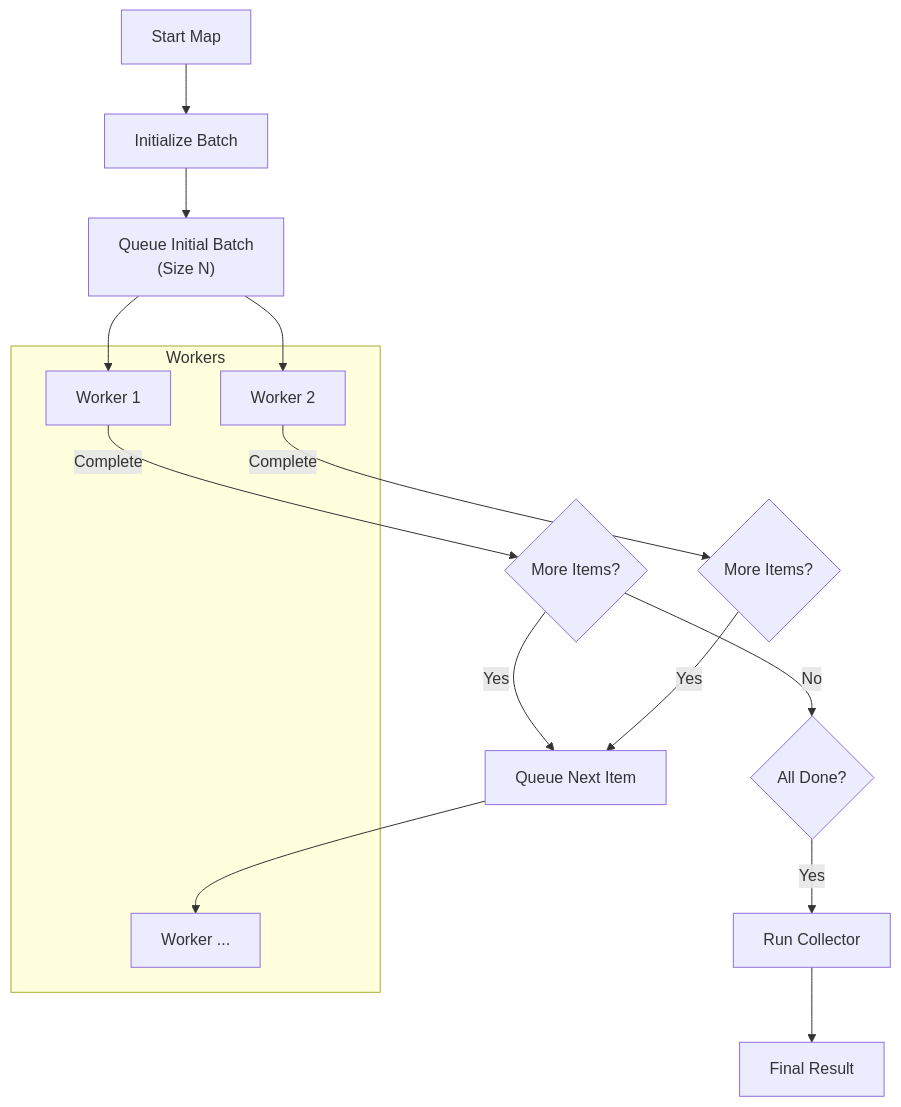
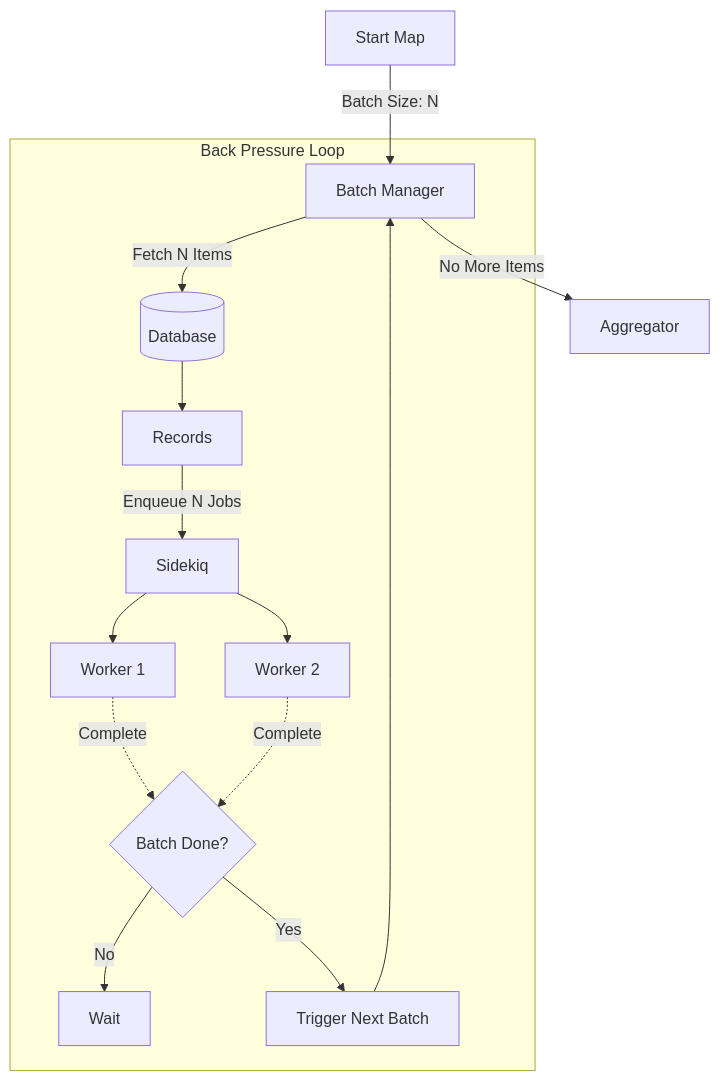
Before and after one commit to arturictus/ruby_reactor: the diagram in documentation/data_pipelines.md, drawn with Mermaid. The commit also changed other lines of this file and 1 other file, not shown here.

Commit message:
chore: Update readme with batch improvements

````diff
--- a/documentation/data_pipelines.md
+++ b/documentation/data_pipelines.md
@@ -199,26 +104,22 @@
 ```mermaid
 graph TD
-    Start[Start Map] --> Init[Initialize Batch]
-    Init --> Q1["Queue Initial Batch<br/>(Size N)"]
+    Start[Start Map] -->|Batch Size: N| BatchManager
     
-    subgraph Workers
-        W1[Worker 1]
-        W2[Worker 2]
-        W3[Worker ...]
+    subgraph "Back Pressure Loop"
+        BatchManager[Batch Manager] -->|Fetch N Items| DB[(Database)]
+        DB --> Records
+        Records -->|Enqueue N Jobs| Sidekiq
+        
+        Sidekiq --> W1[Worker 1]
+        Sidekiq --> W2[Worker 2]
+        
+        W1 -.->|Complete| Check{Batch Done?}
+        W2 -.->|Complete| Check
+        
+        Check -->|No| Wait[Wait]
+        Check -->|Yes| Next[Trigger Next Batch]
+        Next --> BatchManager
     end
     
-    Q1 --> W1
-    Q1 --> W2
-    
-    W1 -->|Complete| Next1{More Items?}
-    W2 -->|Complete| Next2{More Items?}
-    
-    Next1 -->|Yes| Q2[Queue Next Item]
-    Next2 -->|Yes| Q2
-    
-    Q2 --> W3
-    
-    Next1 -->|No| Check{All Done?}
-    Check -->|Yes| Collect[Run Collector]
-    Collect --> Finish[Final Result]
+    BatchManager -->|No More Items| Finish[Aggregator]
 ```
````
